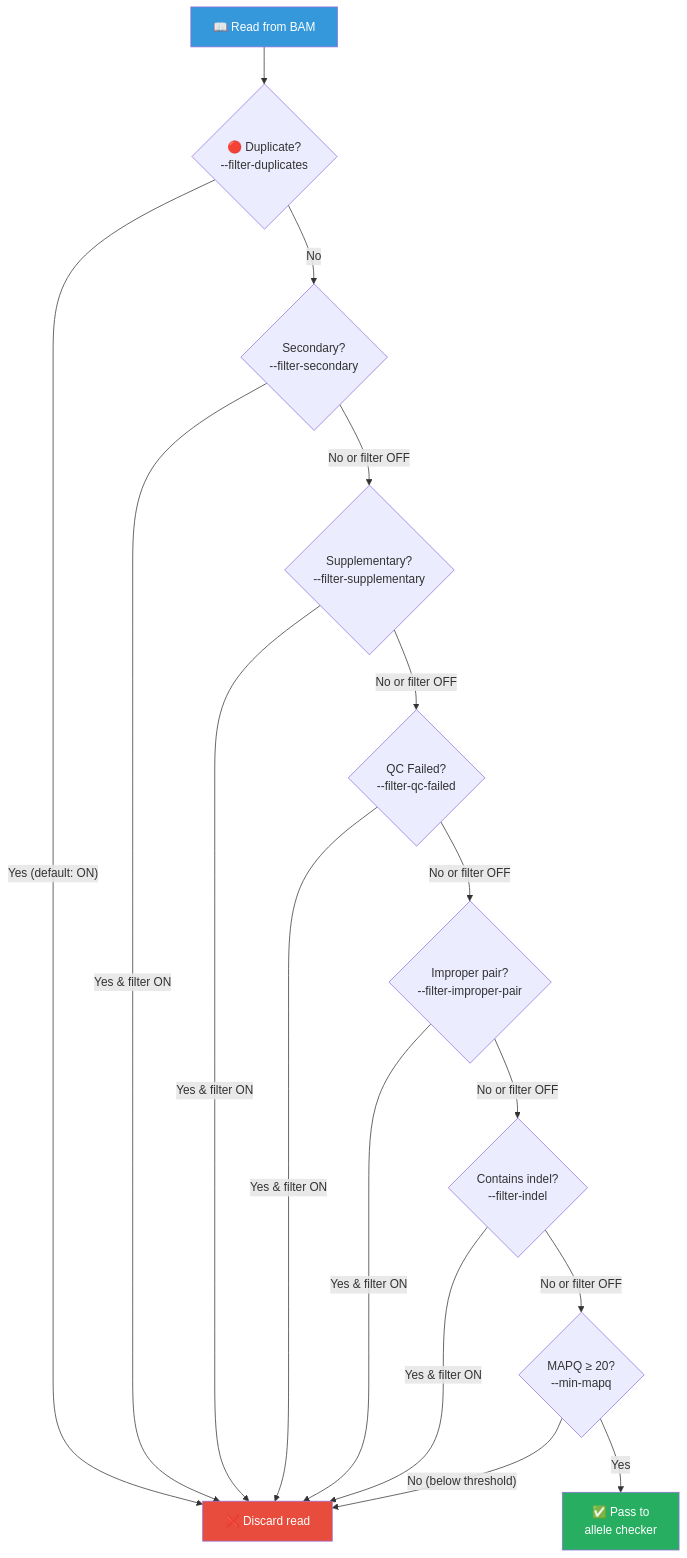
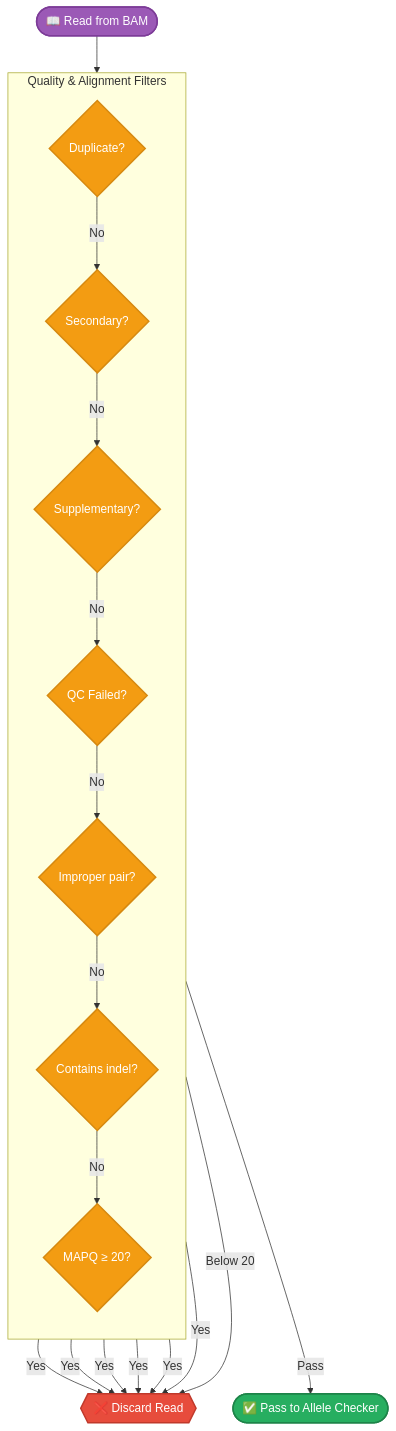
The second of 10 diagrams in docs/reference/variant-counting.md (msk-access/py-gbcms), drawn with Mermaid before and after one commit. The commit also changed other lines of this file and 2 other files, not shown here.

````diff
--- a/docs/reference/variant-counting.md
+++ b/docs/reference/variant-counting.md
@@ -35,22 +35,46 @@
 ```mermaid
 flowchart TD
-    Read["📖 Read from BAM"] --> F1{"🔴 Duplicate?\n--filter-duplicates"}
-    F1 -->|"Yes (default: ON)"| Drop["❌ Discard read"]
-    F1 -->|No| F2{"Secondary?\n--filter-secondary"}
-    F2 -->|"Yes & filter ON"| Drop
-    F2 -->|No or filter OFF| F3{"Supplementary?\n--filter-supplementary"}
-    F3 -->|"Yes & filter ON"| Drop
-    F3 -->|No or filter OFF| F4{"QC Failed?\n--filter-qc-failed"}
-    F4 -->|"Yes & filter ON"| Drop
-    F4 -->|No or filter OFF| F5{"Improper pair?\n--filter-improper-pair"}
-    F5 -->|"Yes & filter ON"| Drop
-    F5 -->|No or filter OFF| F6{"Contains indel?\n--filter-indel"}
-    F6 -->|"Yes & filter ON"| Drop
-    F6 -->|No or filter OFF| F7{"MAPQ ≥ 20?\n--min-mapq"}
-    F7 -->|"No (below threshold)"| Drop
-    F7 -->|"Yes"| Pass["✅ Pass to\nallele checker"]
+    Start([📖 Read from BAM]):::process
 
-    style Read fill:#3498db,color:#fff
-    style Drop fill:#e74c3c,color:#fff
-    style Pass fill:#27ae60,color:#fff
+    subgraph Filters [Quality & Alignment Filters]
+        direction TB
+        F1{Duplicate?}:::decision
+        F2{Secondary?}:::decision
+        F3{Supplementary?}:::decision
+        F4{QC Failed?}:::decision
+        F5{Improper pair?}:::decision
+        F6{Contains indel?}:::decision
+        F7{MAPQ ≥ 20?}:::decision
+    end
+
+    Drop{{❌ Discard Read}}:::discard
+    Pass([✅ Pass to Allele Checker]):::success
+
+    Start --> F1
+
+    F1 -- "Yes" --> Drop
+    F1 -- "No" --> F2
+
+    F2 -- "Yes" --> Drop
+    F2 -- "No" --> F3
+
+    F3 -- "Yes" --> Drop
+    F3 -- "No" --> F4
+
+    F4 -- "Yes" --> Drop
+    F4 -- "No" --> F5
+
+    F5 -- "Yes" --> Drop
+    F5 -- "No" --> F6
+
+    F6 -- "Yes" --> Drop
+    F6 -- "No" --> F7
+
+    F7 -- "Below 20" --> Drop
+    F7 -- "Pass" --> Pass
+
+    classDef process fill:#9b59b6,color:#fff,stroke:#7d3c98,stroke-width:2px;
+    classDef decision fill:#f39c12,color:#fff,stroke:#d68910,stroke-width:2px;
+    classDef discard fill:#e74c3c,color:#fff,stroke:#c0392b,stroke-width:2px;
+    classDef success fill:#27ae60,color:#fff,stroke:#1e8449,stroke-width:2px;
 ```
````
